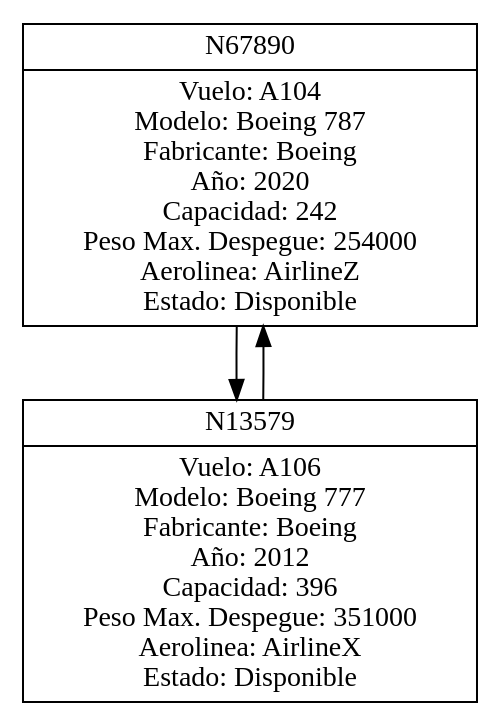
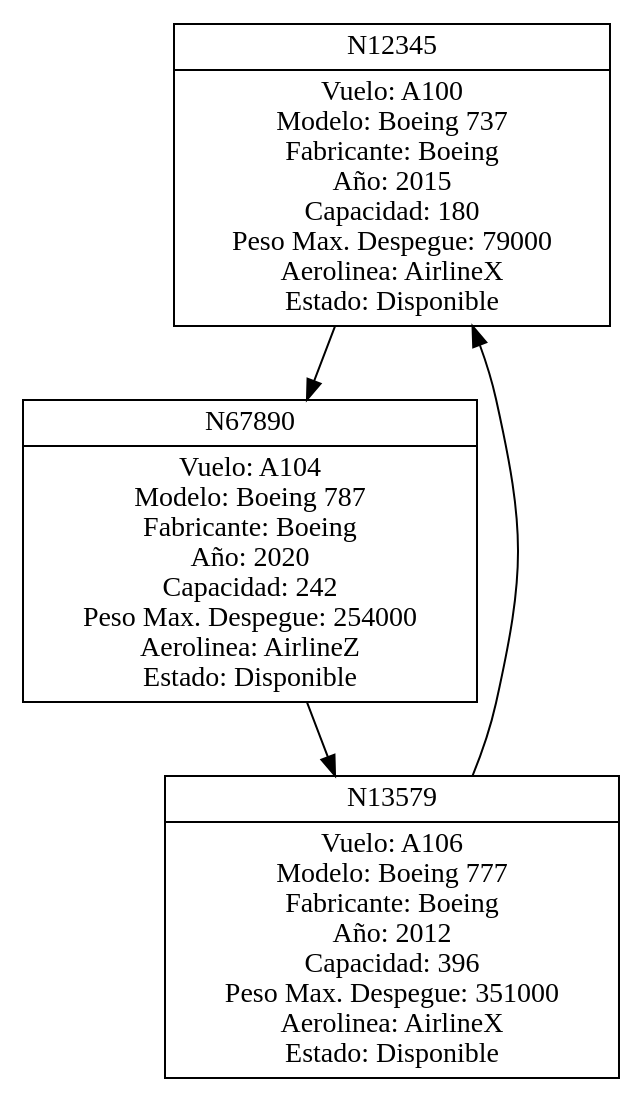
Before and after one commit to moisibot/201930195_EDD_Practica: the diagram in cmake-build-debug/avionesDisponibles.dot, drawn with Graphviz. The commit also changed 15 other files, not shown here.

```diff
--- a/cmake-build-debug/avionesDisponibles.dot
+++ b/cmake-build-debug/avionesDisponibles.dot
@@ -1,7 +1,9 @@
 digraph AvionesDisponibles {
   node [shape=record];
-  nodo0x55955a8999a0 [label="{{N67890}|{Vuelo: A104\nModelo: Boeing 787\nFabricante: Boeing\nAño: 2020\nCapacidad: 242\nPeso Max. Despegue: 254000\nAerolinea: AirlineZ\nEstado: Disponible}}"];
-  nodo0x55955a8999a0 -> nodo0x55955a899ab0;
-  nodo0x55955a899ab0 [label="{{N13579}|{Vuelo: A106\nModelo: Boeing 777\nFabricante: Boeing\nAño: 2012\nCapacidad: 396\nPeso Max. Despegue: 351000\nAerolinea: AirlineX\nEstado: Disponible}}"];
-  nodo0x55955a899ab0 -> nodo0x55955a8999a0;
+  nodo0x5637fa0edde0 [label="{{N12345}|{Vuelo: A100\nModelo: Boeing 737\nFabricante: Boeing\nAño: 2015\nCapacidad: 180\nPeso Max. Despegue: 79000\nAerolinea: AirlineX\nEstado: Disponible}}"];
+  nodo0x5637fa0edde0 -> nodo0x5637fa0ef9a0;
+  nodo0x5637fa0ef9a0 [label="{{N67890}|{Vuelo: A104\nModelo: Boeing 787\nFabricante: Boeing\nAño: 2020\nCapacidad: 242\nPeso Max. Despegue: 254000\nAerolinea: AirlineZ\nEstado: Disponible}}"];
+  nodo0x5637fa0ef9a0 -> nodo0x5637fa0efab0;
+  nodo0x5637fa0efab0 [label="{{N13579}|{Vuelo: A106\nModelo: Boeing 777\nFabricante: Boeing\nAño: 2012\nCapacidad: 396\nPeso Max. Despegue: 351000\nAerolinea: AirlineX\nEstado: Disponible}}"];
+  nodo0x5637fa0efab0 -> nodo0x5637fa0edde0;
 }
```
